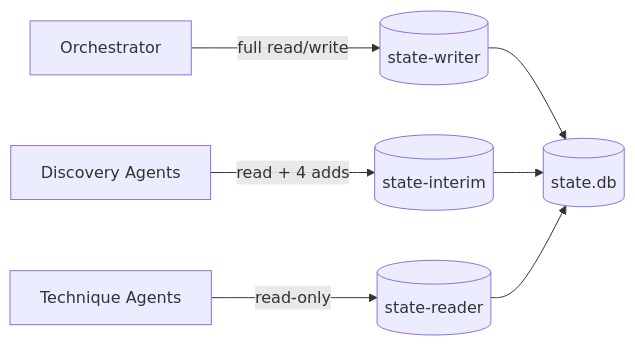
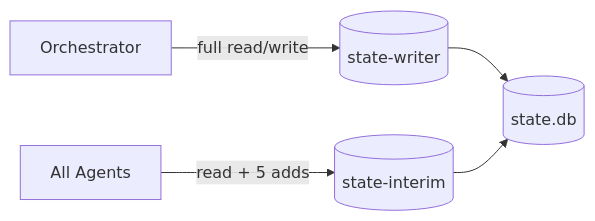
One commit to kevinoriley/red-run changed the diagram in docs/engagement-state.md. Above: the diagram before and after it, drawn with Mermaid. The commit also changed other lines of this file and 22 other files, not shown here.

First line of the commit message:
Unify all agents on state-interim, add anti-contamination ethics and Responder guidance

````diff
--- a/docs/engagement-state.md
+++ b/docs/engagement-state.md
@@ -65,9 +65,7 @@
 ```mermaid
 graph LR
     Orch[Orchestrator] -->|full read/write| SW[(state-writer)]
-    Disc[Discovery Agents] -->|read + 4 adds| SI[(state-interim)]
-    Tech[Technique Agents] -->|read-only| SR[(state-reader)]
+    Agents[All Agents] -->|read + 5 adds| SI[(state-interim)]
     SW --> DB[(state.db)]
     SI --> DB
-    SR --> DB
 ```
````
